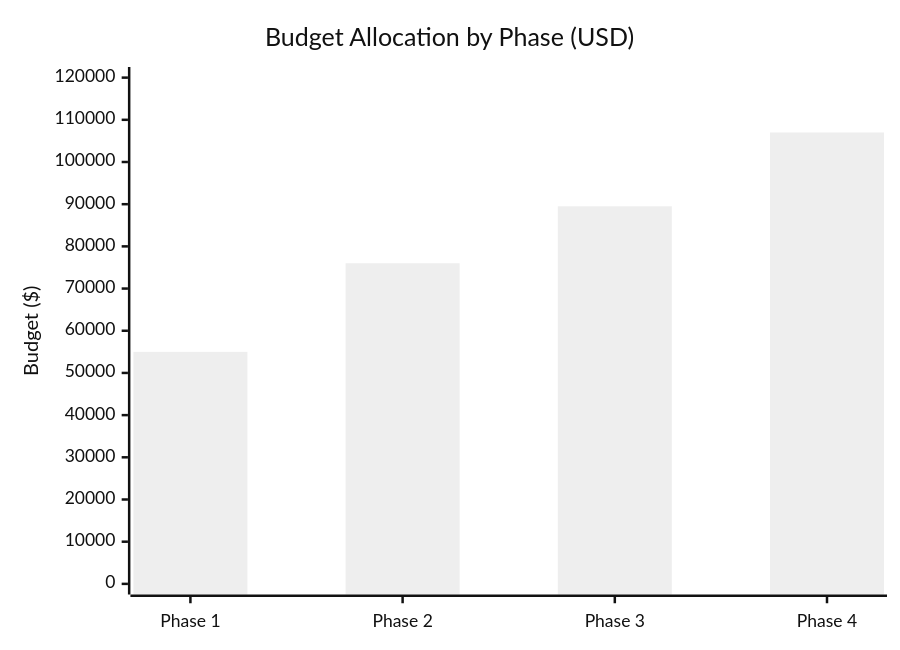
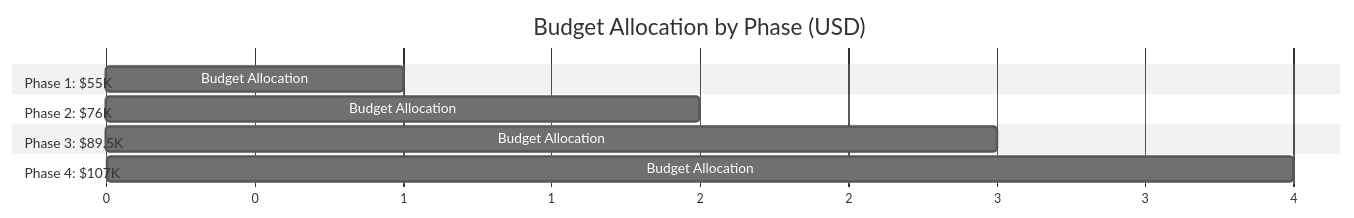
One commit to health-tech-uhi/blueprint changed the eighth of 11 diagrams in 05-implementation-plan.md. Above: the diagram before and after it, drawn with Mermaid (neutral theme).

Commit message:
fix mermaid errors

````diff
--- a/05-implementation-plan.md
+++ b/05-implementation-plan.md
@@ -744,7 +744,18 @@
 ```mermaid
-xychart-beta
-    title "Budget Allocation by Phase (USD)"
-    x-axis ["Phase 1", "Phase 2", "Phase 3", "Phase 4"]
-    y-axis "Budget ($)" 0 --> 120000
-    bar [55000, 76000, 89500, 107000]
+gantt
+    title Budget Allocation by Phase (USD)
+    dateFormat  X
+    axisFormat  %s
+    
+    section Phase 1: $55K
+    Budget Allocation    :55, 0, 1
+    
+    section Phase 2: $76K
+    Budget Allocation    :76, 1, 2
+    
+    section Phase 3: $89.5K
+    Budget Allocation    :89, 2, 3
+    
+    section Phase 4: $107K
+    Budget Allocation    :107, 3, 4
 ```
````
